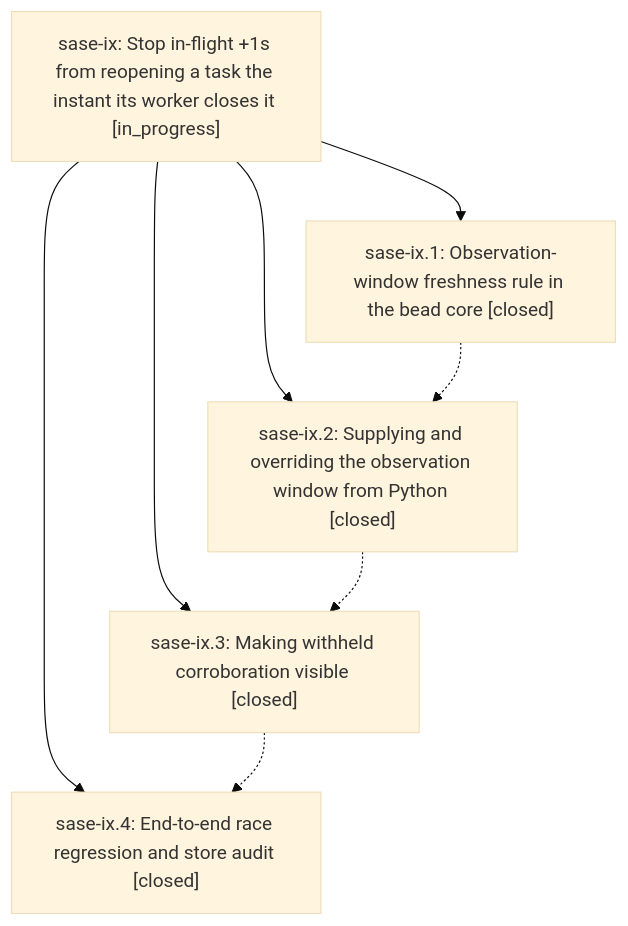
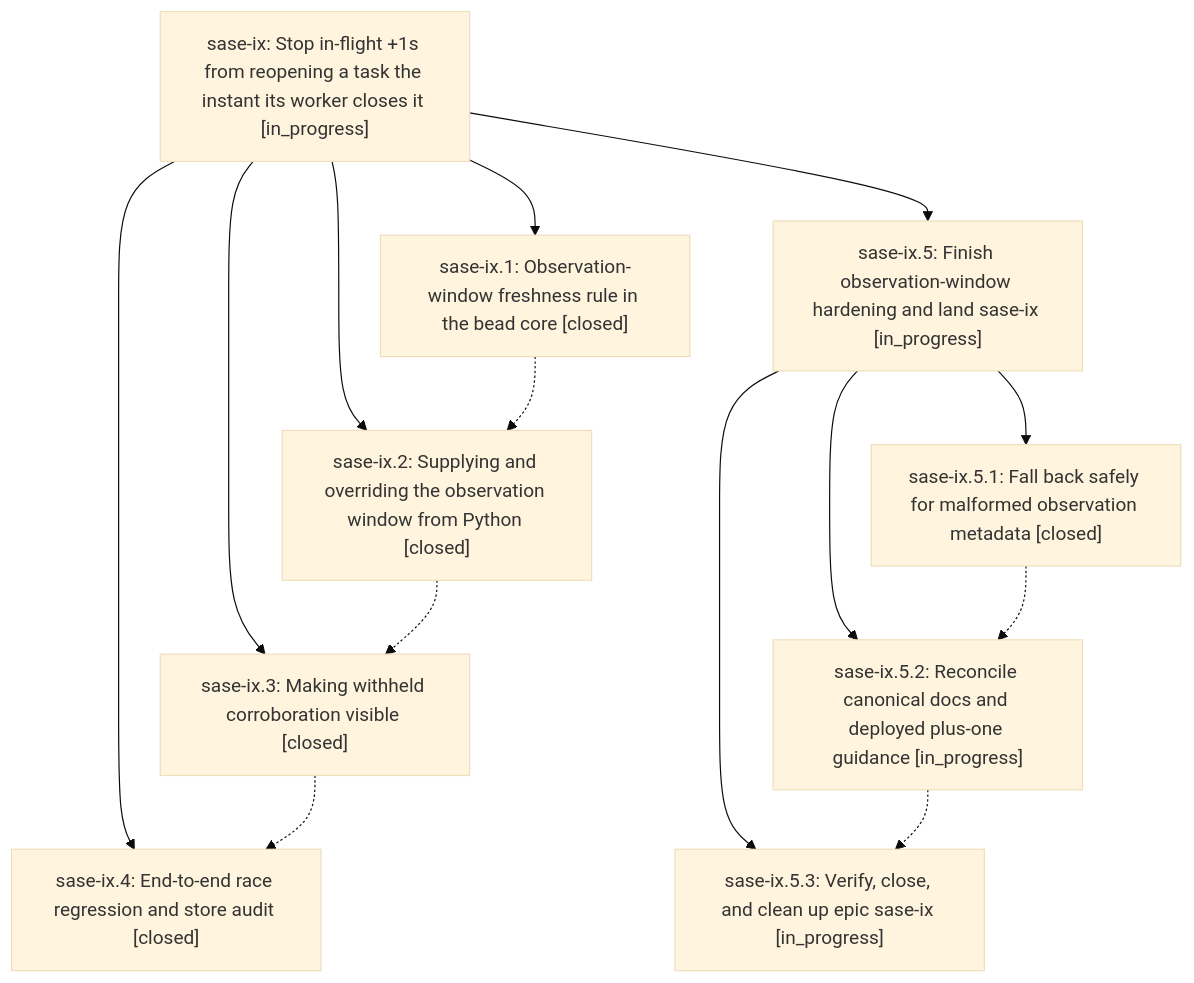
One commit to sase-org/sase--beads changed the diagram in pages/sase-ix/README.md. Above: the diagram before and after it, drawn with Mermaid (base theme). The commit also changed other lines of this file and 4 other files, not shown here.

````diff
--- a/pages/sase-ix/README.md
+++ b/pages/sase-ix/README.md
@@ -25,15 +34,25 @@
 ```mermaid
 flowchart TD
     n0["sase-ix: Stop in-flight +1s from reopening a task the instant its worker closes it [in_progress]"]
     n1["sase-ix.1: Observation-window freshness rule in the bead core [closed]"]
     n2["sase-ix.2: Supplying and overriding the observation window from Python [closed]"]
     n3["sase-ix.3: Making withheld corroboration visible [closed]"]
     n4["sase-ix.4: End-to-end race regression and store audit [closed]"]
+    n5["sase-ix.5: Finish observation-window hardening and land sase-ix [in_progress]"]
+    n6["sase-ix.5.1: Fall back safely for malformed observation metadata [closed]"]
+    n7["sase-ix.5.2: Reconcile canonical docs and deployed plus-one guidance [in_progress]"]
+    n8["sase-ix.5.3: Verify, close, and clean up epic sase-ix [in_progress]"]
     n0 --> n1
     n0 --> n2
     n0 --> n3
     n0 --> n4
+    n0 --> n5
+    n5 --> n6
+    n5 --> n7
+    n5 --> n8
     n1 -.-> n2
     n2 -.-> n3
     n3 -.-> n4
+    n6 -.-> n7
+    n7 -.-> n8
 ```
````
